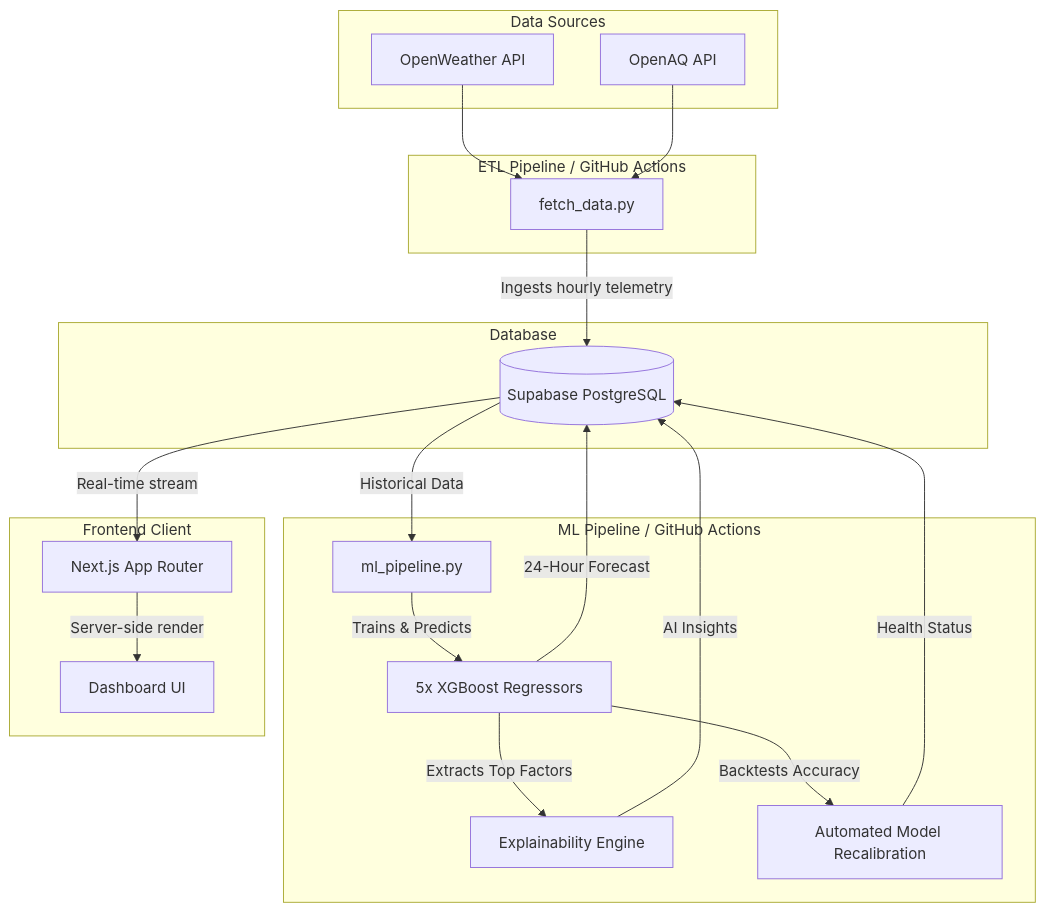
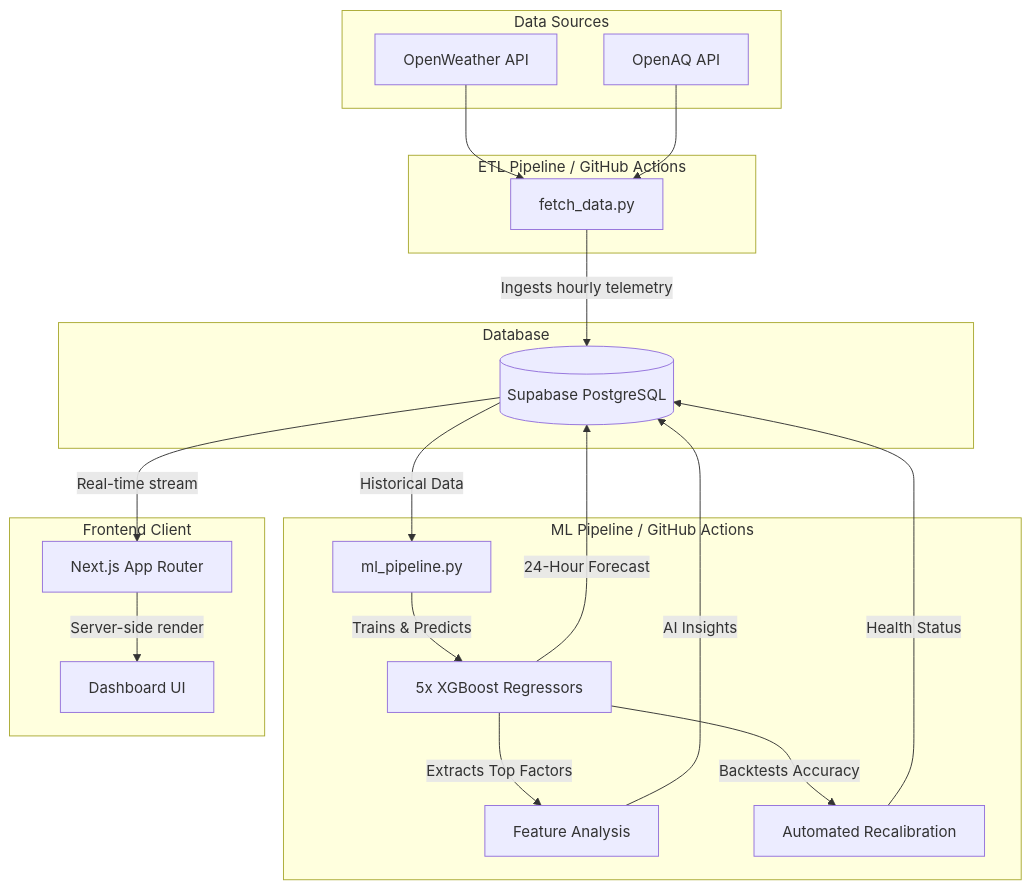
One commit to AbhimanyuKandhal/Smart-City-Predictor changed the first of 2 diagrams in README.md. Above: the diagram before and after it, drawn with Mermaid. The commit also changed other lines of this file, not shown here.

````diff
--- a/README.md
+++ b/README.md
@@ -31,40 +54,40 @@
 ```mermaid
 graph TD
     subgraph Data Sources
         OW[OpenWeather API]
         OA[OpenAQ API]
     end
 
     subgraph ETL Pipeline / GitHub Actions
         P1[fetch_data.py]
         OW --> P1
         OA --> P1
     end
 
     subgraph Database
         S[(Supabase PostgreSQL)]
     end
 
     subgraph ML Pipeline / GitHub Actions
         M1[ml_pipeline.py]
         XGB[5x XGBoost Regressors]
-        SHAP[Explainability Engine]
-        DIAG[Automated Model Recalibration]
+        SHAP[Feature Analysis]
+        DIAG[Automated Recalibration]
     end
 
     subgraph Frontend Client
         NEXT[Next.js App Router]
         DASH[Dashboard UI]
     end
 
     P1 -- Ingests hourly telemetry --> S
     S -- Historical Data --> M1
     M1 -- Trains & Predicts --> XGB
     XGB -- Extracts Top Factors --> SHAP
     XGB -- Backtests Accuracy --> DIAG
     XGB -- 24-Hour Forecast --> S
     SHAP -- AI Insights --> S
     DIAG -- Health Status --> S
     S -- Real-time stream --> NEXT
     NEXT -- Server-side render --> DASH
 ```
````
